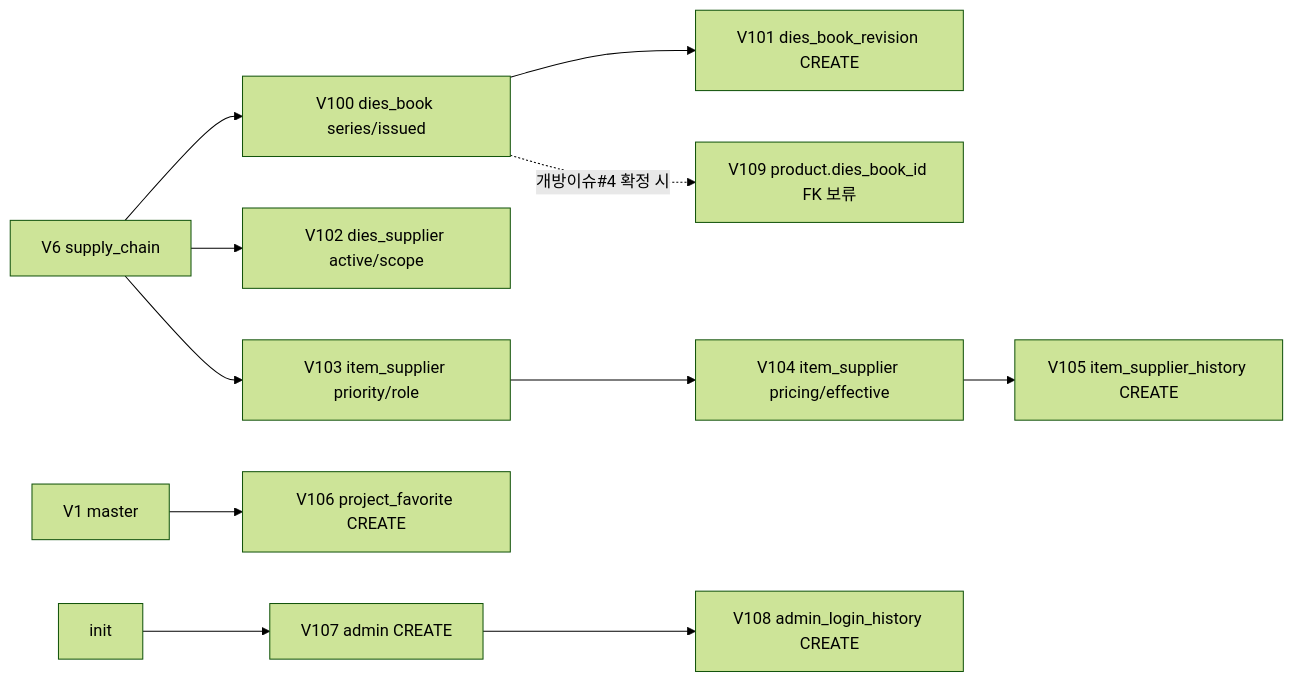
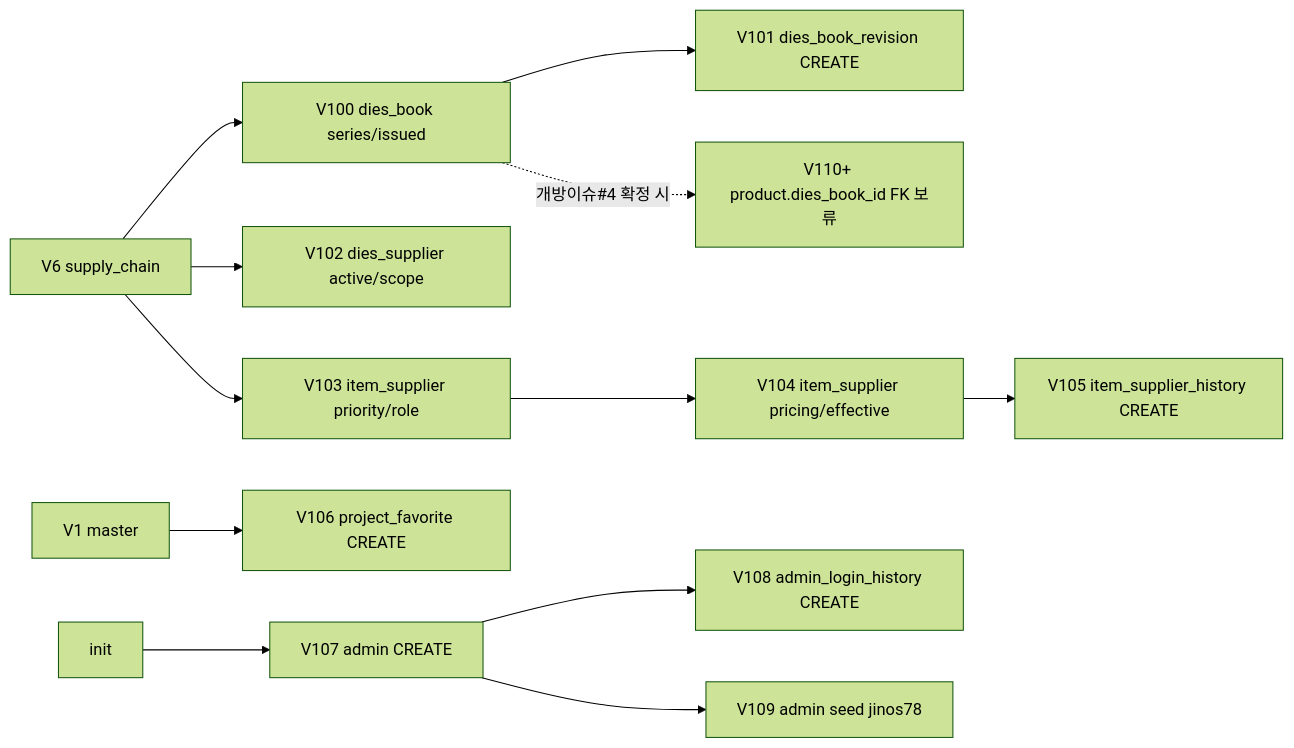
Before and after one commit to team-codecraft/wims2.0: the third of 3 diagrams in docs/3_DE(설계)/DE33-1_DB물리스키마_설계서_v1.3.md, drawn with Mermaid (forest theme). The commit also changed other lines of this file and 3 other files, not shown here.

First line of the commit message:
docs: spec admin register API + seed (DE24-1 v2.0-r4 + DE33-1 v1.3-r1)

````diff
--- a/docs/3_DE(설계)/DE33-1_DB물리스키마_설계서_v1.3.md
+++ b/docs/3_DE(설계)/DE33-1_DB물리스키마_설계서_v1.3.md
@@ -1335,13 +1369,14 @@
 ```mermaid
 graph LR
   V6[V6 supply_chain] --> V100[V100 dies_book series/issued]
   V100 --> V101[V101 dies_book_revision CREATE]
   V6 --> V102[V102 dies_supplier active/scope]
   V6 --> V103[V103 item_supplier priority/role]
   V103 --> V104[V104 item_supplier pricing/effective]
   V104 --> V105[V105 item_supplier_history CREATE]
   V1[V1 master] --> V106[V106 project_favorite CREATE]
   ROOT[init] --> V107[V107 admin CREATE]
   V107 --> V108[V108 admin_login_history CREATE]
-  V100 -.개방이슈#4 확정 시.-> V109[V109 product.dies_book_id FK 보류]
+  V107 --> V109[V109 admin seed jinos78]
+  V100 -.개방이슈#4 확정 시.-> V110[V110+ product.dies_book_id FK 보류]
 ```
````
